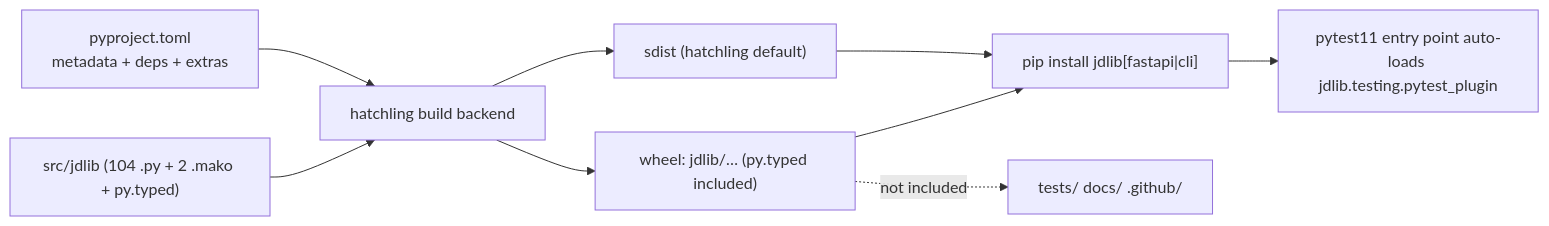
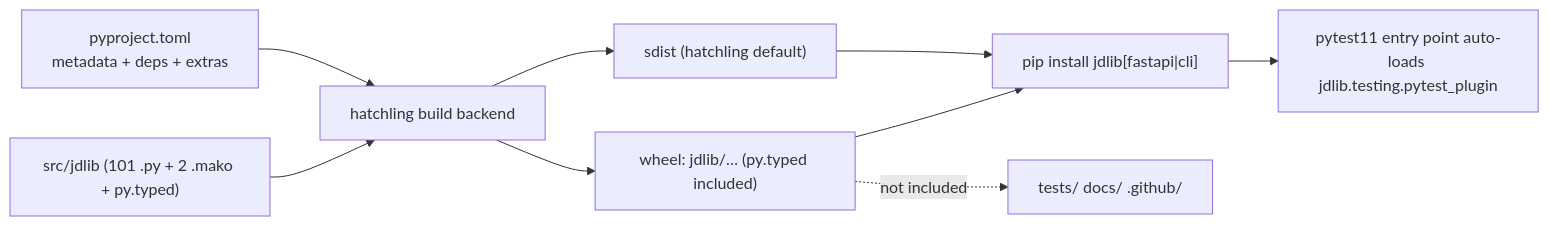
One commit to Abdul-Jaweed/jdlib changed diagram 18 of 27 in JDLib-Architecture.md. Above: the diagram before and after it, drawn with Mermaid. The commit also changed other lines of this file and 43 other files, not shown here.

````diff
--- a/JDLib-Architecture.md
+++ b/JDLib-Architecture.md
@@ -3971,11 +3986,11 @@
 ```mermaid
 graph LR
-    SRC["src/jdlib (104 .py + 2 .mako + py.typed)"] --> HATCH["hatchling build backend"]
+    SRC["src/jdlib (101 .py + 2 .mako + py.typed)"] --> HATCH["hatchling build backend"]
     PYPROJ["pyproject.toml<br/>metadata + deps + extras"] --> HATCH
     HATCH --> WHEEL["wheel: jdlib/… (py.typed included)"]
     HATCH --> SDIST["sdist (hatchling default)"]
     WHEEL --> INST["pip install jdlib[fastapi|cli]"]
     SDIST --> INST
     INST --> EP["pytest11 entry point auto-loads jdlib.testing.pytest_plugin"]
     WHEEL -.not included.-> T["tests/ docs/ .github/"]
 ```
````
